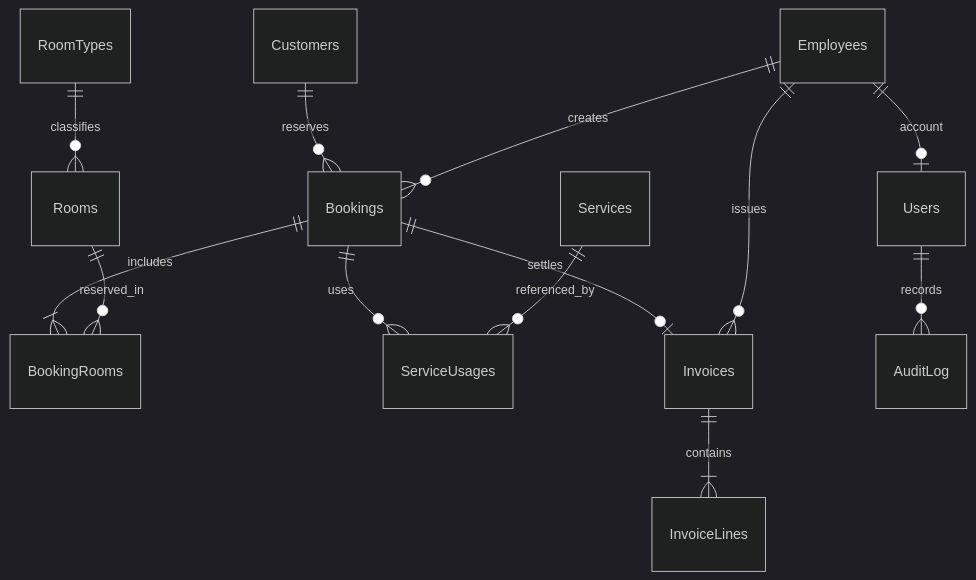
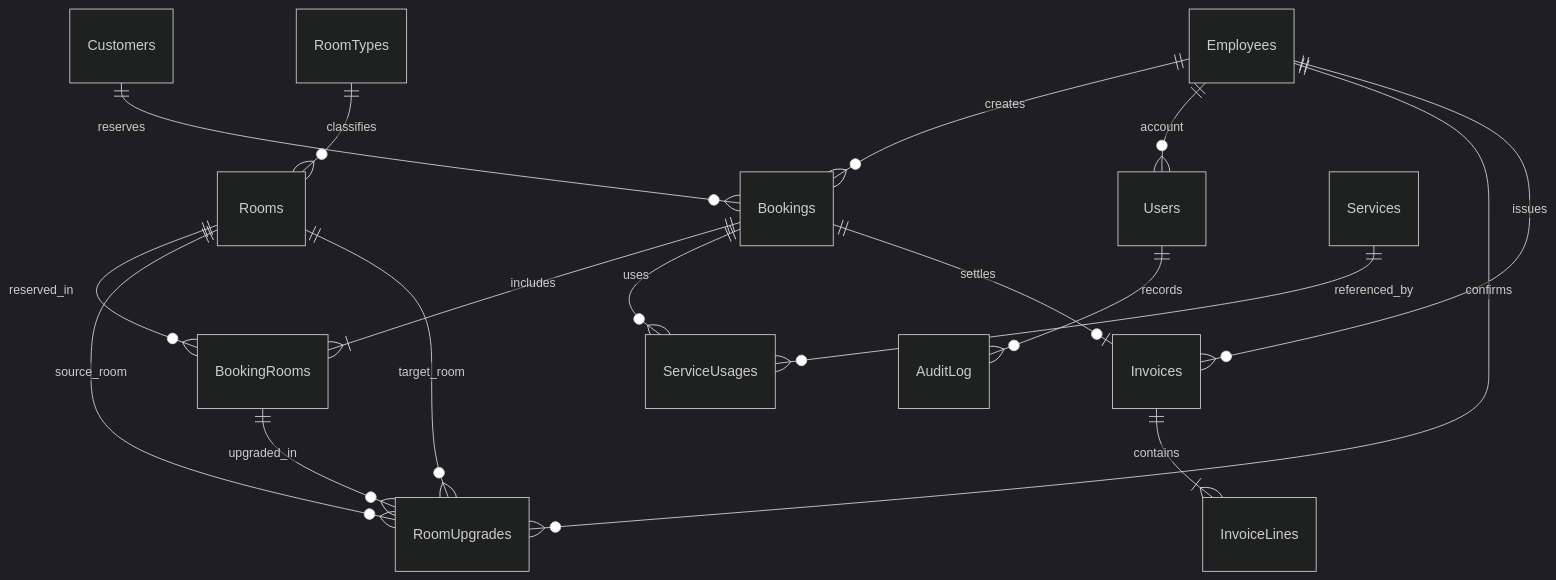
The second of 3 diagrams in HuongDan/ThietKeHeThong.md (HungKeet/LTTQ), drawn with Mermaid (dark theme) before and after one commit. The commit also changed other lines of this file and 22 other files, not shown here.

````diff
--- a/HuongDan/ThietKeHeThong.md
+++ b/HuongDan/ThietKeHeThong.md
@@ -18,15 +18,19 @@
 ```mermaid
 erDiagram
     RoomTypes ||--o{ Rooms : classifies
     Customers ||--o{ Bookings : reserves
     Employees ||--o{ Bookings : creates
-    Employees ||--o| Users : account
+    Employees ||--o{ Users : account
     Bookings ||--|{ BookingRooms : includes
     Rooms ||--o{ BookingRooms : reserved_in
+    BookingRooms ||--o{ RoomUpgrades : upgraded_in
+    Rooms ||--o{ RoomUpgrades : source_room
+    Rooms ||--o{ RoomUpgrades : target_room
+    Employees ||--o{ RoomUpgrades : confirms
     Bookings ||--o{ ServiceUsages : uses
     Services ||--o{ ServiceUsages : referenced_by
     Bookings ||--o| Invoices : settles
     Employees ||--o{ Invoices : issues
     Invoices ||--|{ InvoiceLines : contains
     Users ||--o{ AuditLog : records
 ```
````
